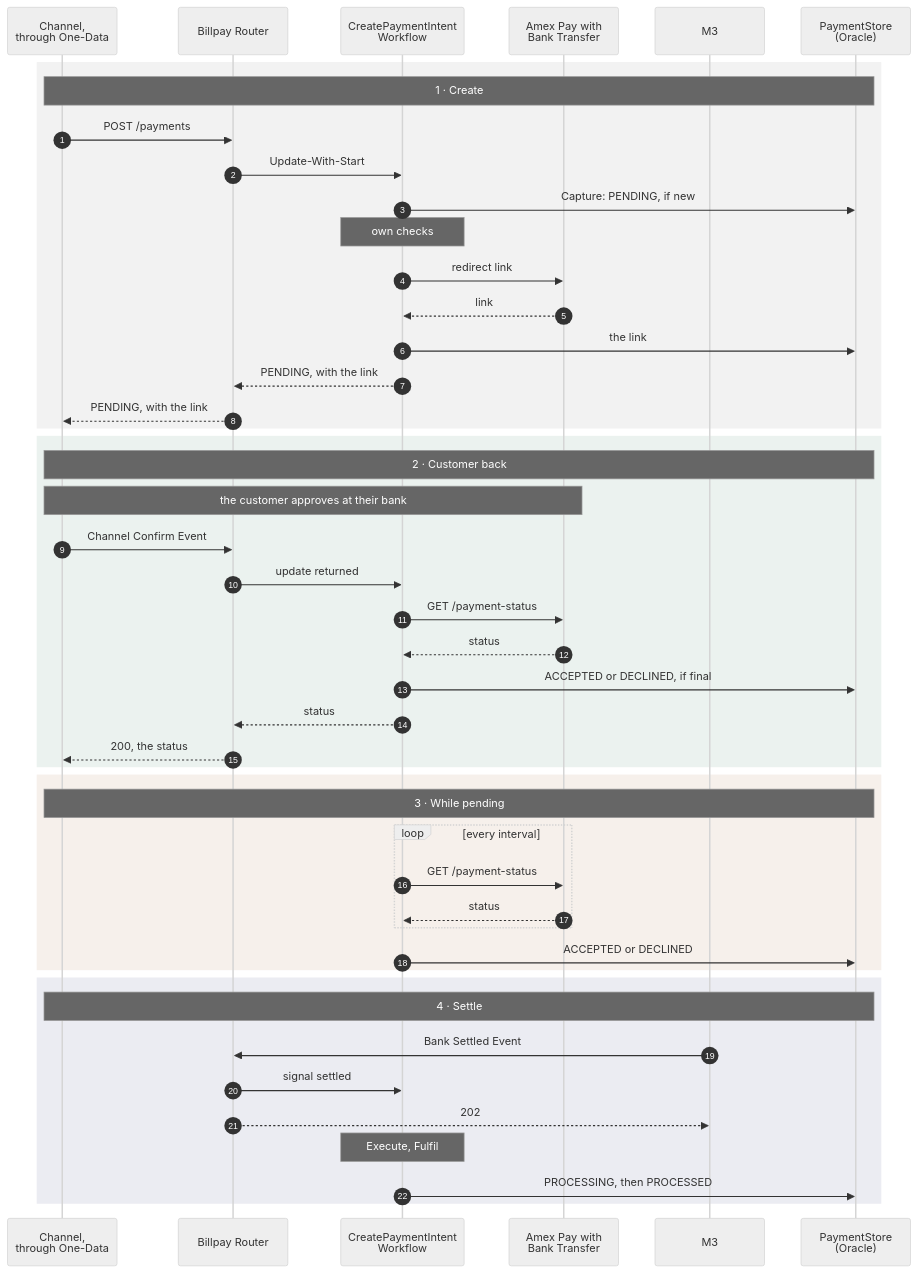
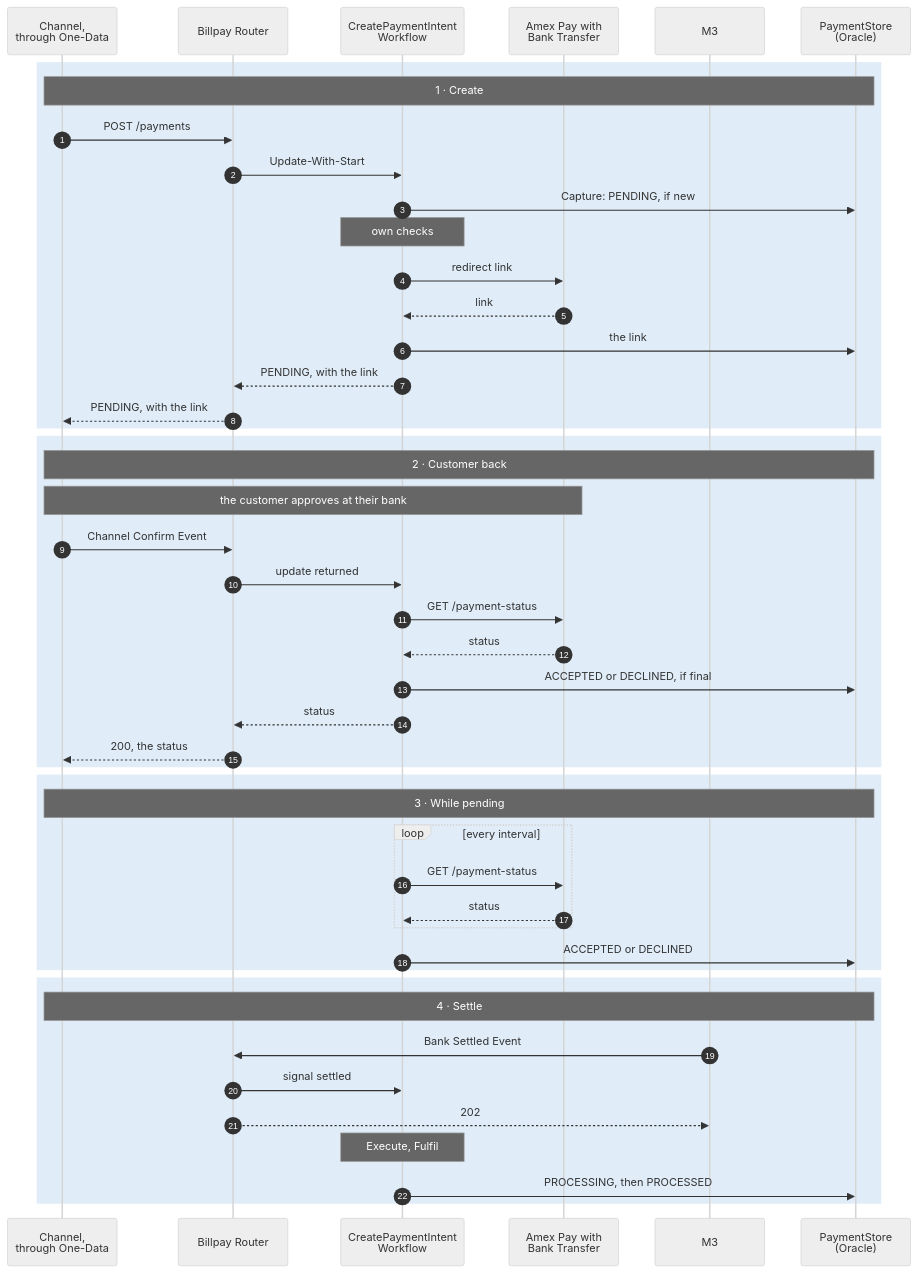
Diagram 14 of 16 in website/docs/design/sequence-diagrams.md (arunav-bhattacharya/billpay-book), drawn with Mermaid (neutral theme) before and after one commit. The commit also changed other lines of this file and 43 other files, not shown here.

First line of the commit message:
One sequence-diagram style; journeys editable as YAML

````diff
--- a/website/docs/design/sequence-diagrams.md
+++ b/website/docs/design/sequence-diagrams.md
@@ -897,64 +751,64 @@
 ```mermaid
 ---
 config:
   fontFamily: "BentonSansUI, Helvetica, Arial, sans-serif"
   fontSize: 15
 ---
 sequenceDiagram
   autonumber
   %% Pink arrows: something outside resumes the payment.
   %% trigger: Channel Confirm Event
   %% trigger: update returned
   %% trigger: Bank Settled Event
   %% trigger: signal settled
 
   participant CH as Channel,<br/>through One-Data
   participant R as Billpay Router
   participant WF as CreatePaymentIntent<br/>Workflow
   participant PW as Amex Pay with<br/>Bank Transfer
   participant M3
   participant PS as PaymentStore<br/>(Oracle)
 
-  rect rgba(89,89,89,0.08)
+  rect rgba(0,111,207,0.12)
     Note over CH,PS: 1 · Create
     CH->>R: POST /payments
     R->>WF: Update-With-Start
     WF->>PS: Capture: PENDING, if new
     Note over WF: own checks
     WF->>PW: redirect link
     PW-->>WF: link
     WF->>PS: the link
     WF-->>R: PENDING, with the link
     R-->>CH: PENDING, with the link
   end
 
-  rect rgba(0,89,52,0.08)
+  rect rgba(0,111,207,0.12)
     Note over CH,PS: 2 · Customer back
     Note over CH,PW: the customer approves at their bank
     CH->>R: Channel Confirm Event
     R->>WF: update returned
     WF->>PW: GET /payment-status
     PW-->>WF: status
     WF->>PS: ACCEPTED or DECLINED, if final
     WF-->>R: status
     R-->>CH: 200, the status
   end
 
-  rect rgba(140,65,12,0.08)
+  rect rgba(0,111,207,0.12)
     Note over CH,PS: 3 · While pending
     loop every interval
       WF->>PW: GET /payment-status
       PW-->>WF: status
     end
     WF->>PS: ACCEPTED or DECLINED
   end
 
-  rect rgba(0,23,90,0.08)
+  rect rgba(0,111,207,0.12)
     Note over CH,PS: 4 · Settle
     M3->>R: Bank Settled Event
     R->>WF: signal settled
     R-->>M3: 202
     Note over WF: Execute, Fulfil
     WF->>PS: PROCESSING, then PROCESSED
   end
 ```
````
